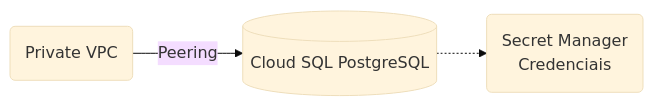
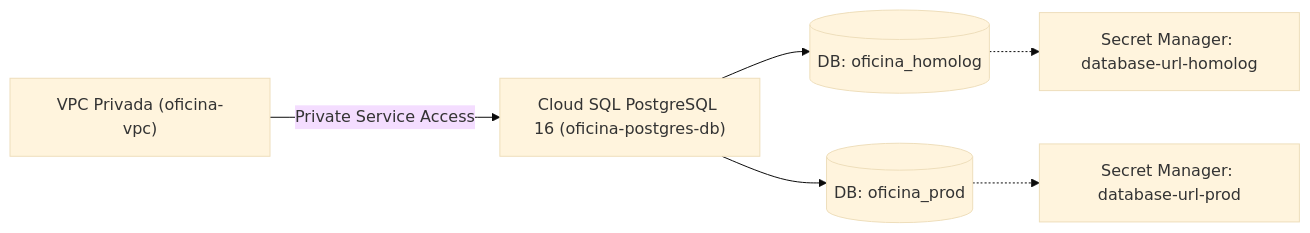
The diagram in README.md (jcontiero/oficina-database-infra), drawn with Mermaid (base theme) before and after one commit. The commit also changed other lines of this file and 3 other files, not shown here.

Commit message:
chore(p0): blinda workspace compartilhado do Cloud SQL, declara variable environment e atualiza README

````diff
--- a/README.md
+++ b/README.md
@@ -24,5 +59,8 @@
 ```mermaid
 flowchart LR
-    VPC(Private VPC) -->|Peering| CloudSQL[(Cloud SQL PostgreSQL)]
-    CloudSQL -.-> SM(Secret Manager\nCredenciais)
+    VPC["VPC Privada (oficina-vpc)"] -->|Private Service Access| SQL["Cloud SQL PostgreSQL 16 (oficina-postgres-db)"]
+    SQL --> DB_H[("DB: oficina_homolog")]
+    SQL --> DB_P[("DB: oficina_prod")]
+    DB_H -.-> SM_H["Secret Manager: database-url-homolog"]
+    DB_P -.-> SM_P["Secret Manager: database-url-prod"]
 ```
````
